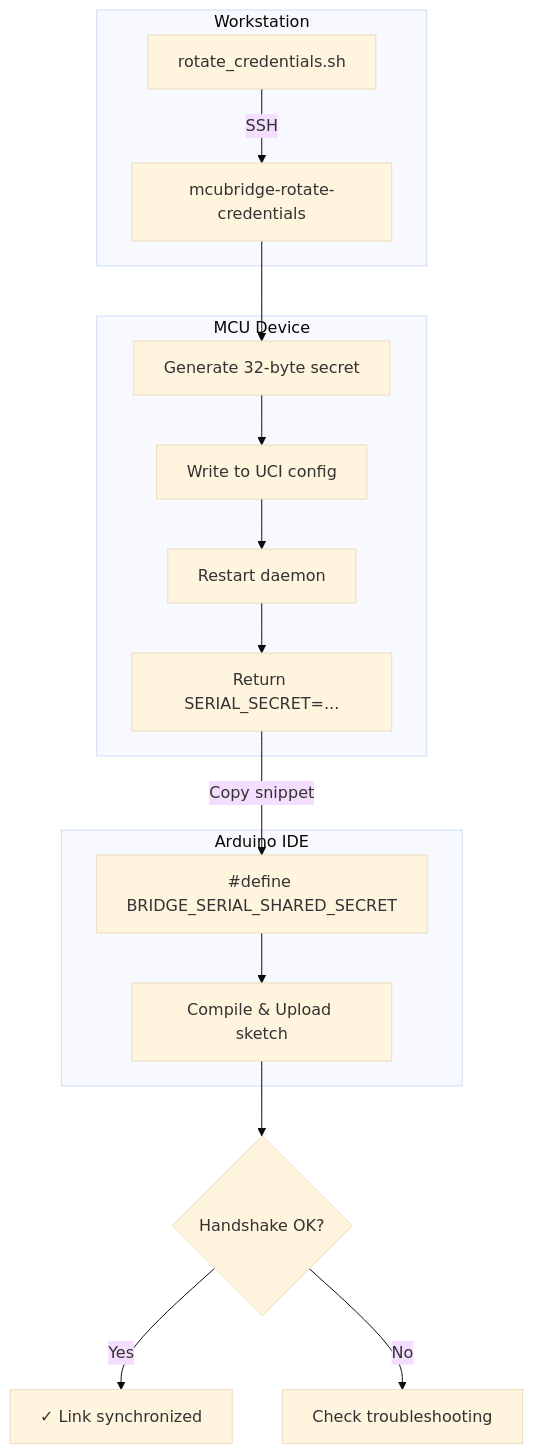
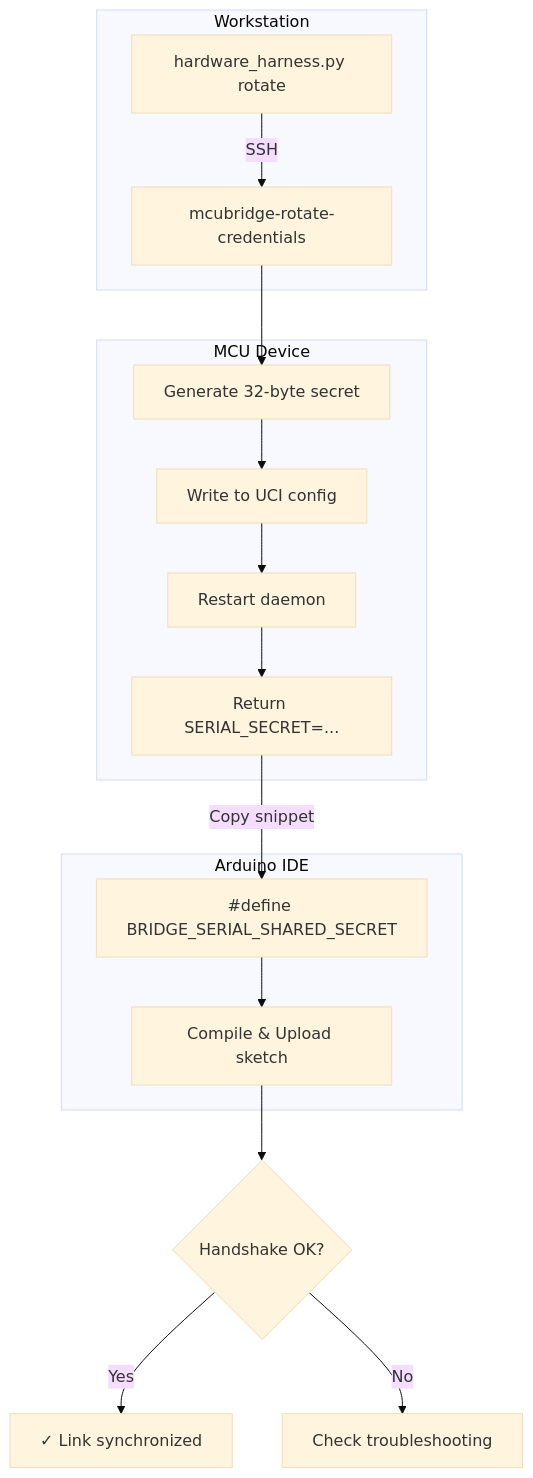
Before and after one commit to isantolin/arduino-yun-bridge2: the diagram in docs/CREDENTIALS.md, drawn with Mermaid (base theme). The commit also changed other lines of this file and 9 other files, not shown here.

Commit message:
refactor(scripts,tools): eliminate redundant scripts and consolidate credential rotation into hardware harness

````diff
--- a/docs/CREDENTIALS.md
+++ b/docs/CREDENTIALS.md
@@ -7,22 +7,22 @@
 ```mermaid
 flowchart TD
     subgraph Workstation
-        A[rotate_credentials.sh] -->|SSH| B
+        A[hardware_harness.py rotate] -->|SSH| B
     end
 
     subgraph MCU Device
         B[mcubridge-rotate-credentials] --> C[Generate 32-byte secret]
         C --> D[Write to UCI config]
         D --> E[Restart daemon]
         E --> F[Return SERIAL_SECRET=...]
     end
 
     subgraph Arduino IDE
         F -->|Copy snippet| G[#define BRIDGE_SERIAL_SHARED_SECRET]
         G --> H[Compile & Upload sketch]
     end
 
     H --> I{Handshake OK?}
     I -->|Yes| J[✓ Link synchronized]
     I -->|No| K[Check troubleshooting]
 ```
````
